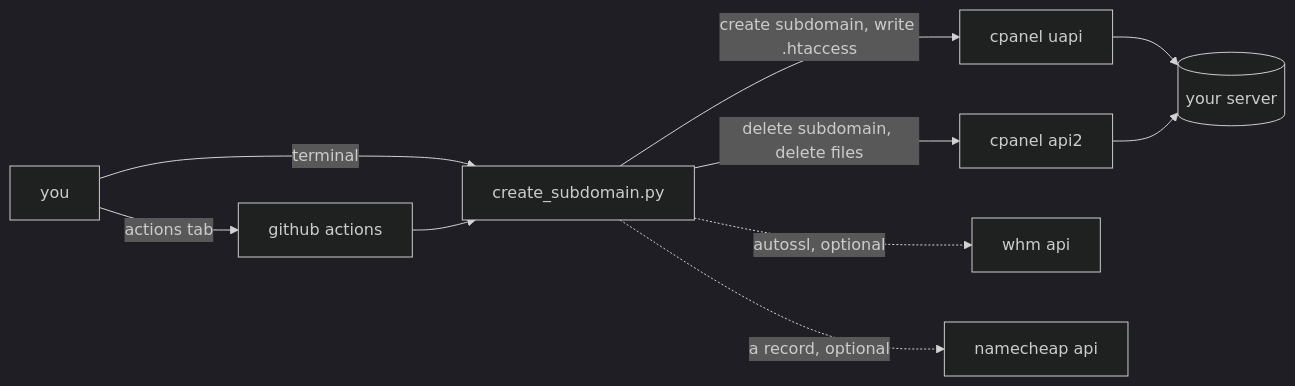
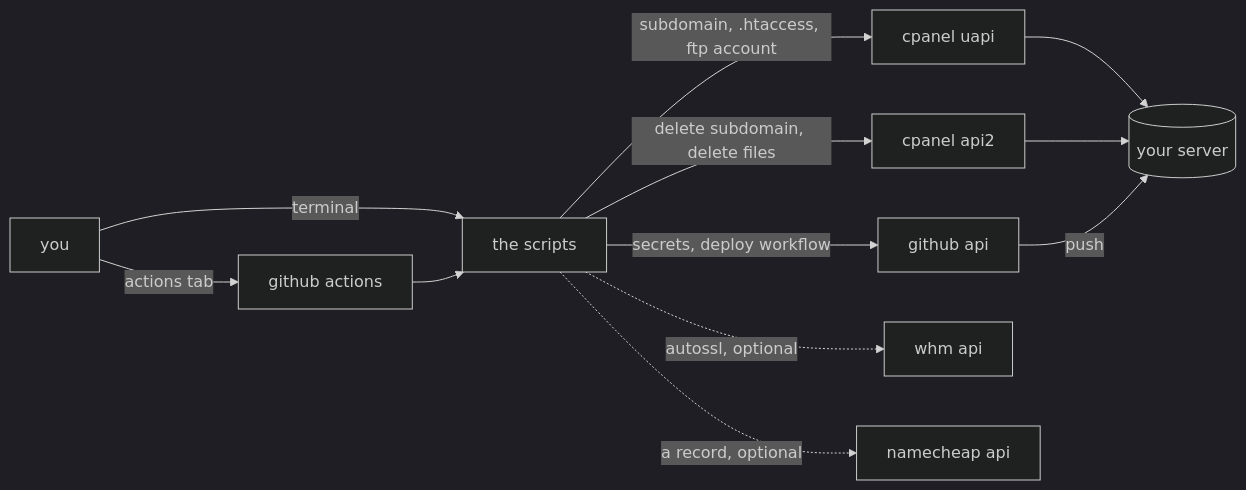
One commit to leandroestrella/hammerspace changed the diagram in README.md. Above: the diagram before and after it, drawn with Mermaid. The commit also changed other lines of this file and 14 other files, not shown here.

First line of the commit message:
Add setup_autodeploy.py: push-to-deploy from git to cPanel (LNDR-66)

````diff
--- a/README.md
+++ b/README.md
@@ -25,13 +25,15 @@
 ```mermaid
 %%{init: {'theme': 'dark'}}%%
 flowchart LR
     YOU[you] -->|actions tab| GHA[github actions]
-    YOU -->|terminal| CLI[create_subdomain.py]
+    YOU -->|terminal| CLI[the scripts]
     GHA --> CLI
-    CLI -->|create subdomain, write .htaccess| UAPI[cpanel uapi]
+    CLI -->|subdomain, .htaccess, ftp account| UAPI[cpanel uapi]
     CLI -->|delete subdomain, delete files| API2[cpanel api2]
+    CLI -->|secrets, deploy workflow| GH[github api]
     CLI -.->|autossl, optional| WHM[whm api]
     CLI -.->|a record, optional| NC[namecheap api]
     UAPI --> SRV[(your server)]
     API2 --> SRV
+    GH -->|push| SRV
 ```
````
